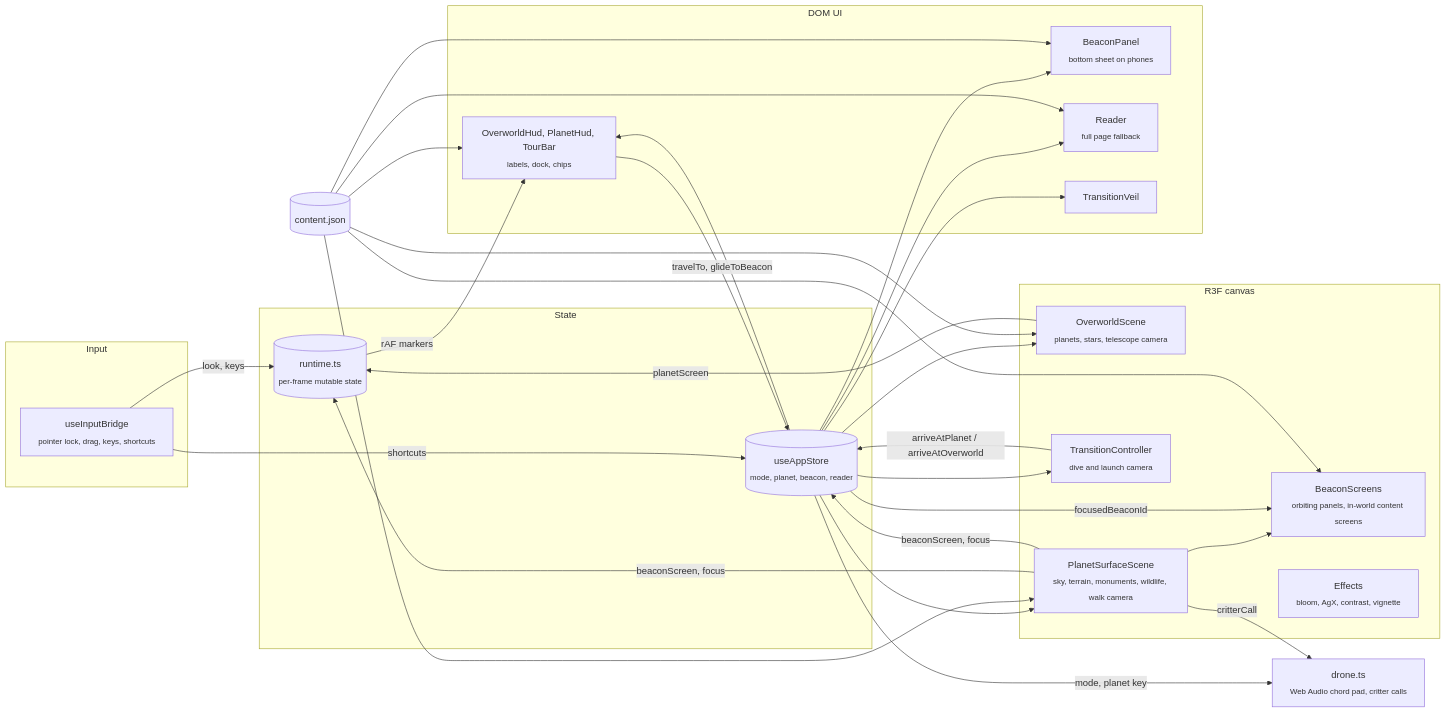
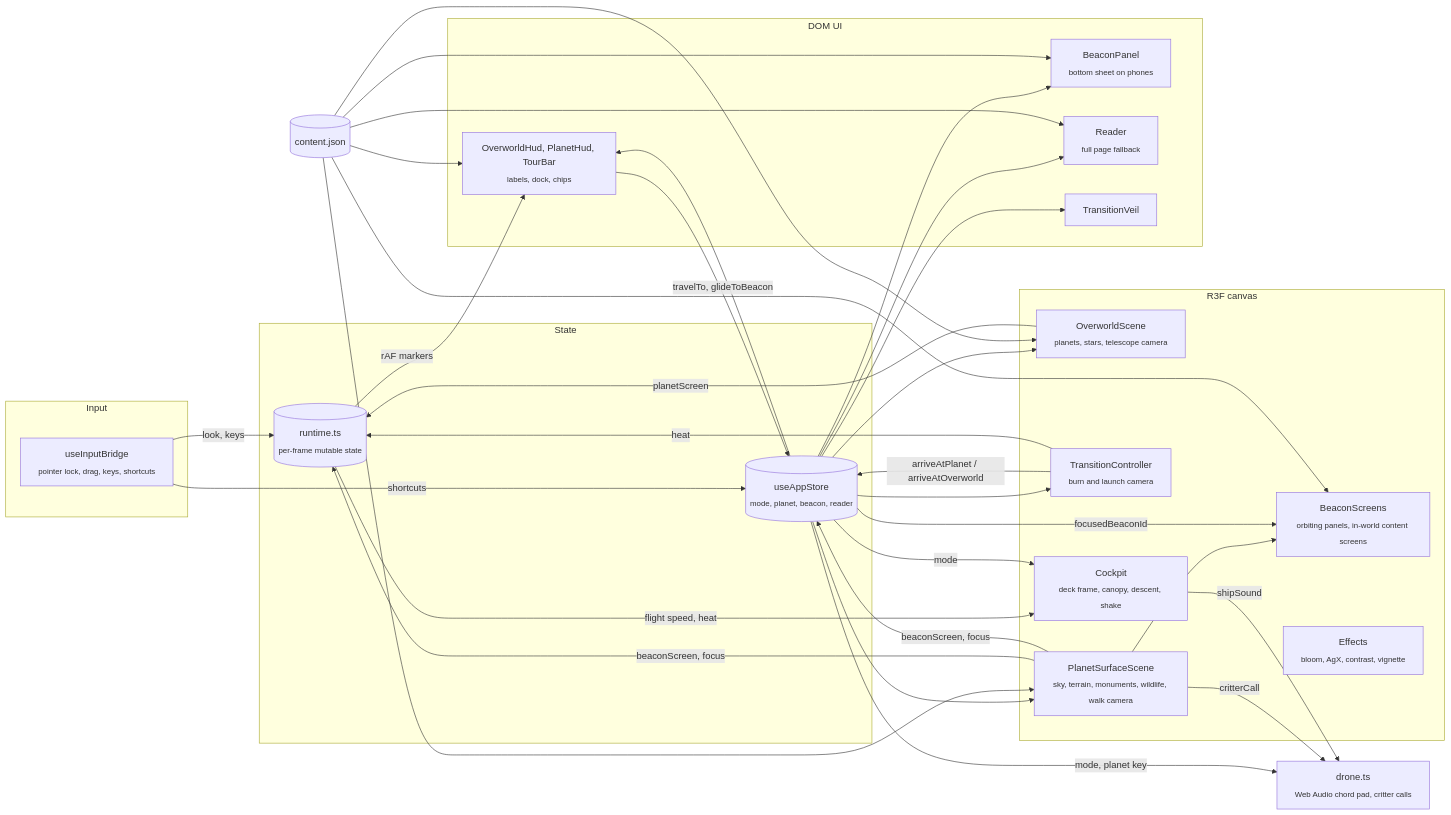
One commit to teddycitrus/portfolio changed the first of 2 diagrams in README.md. Above: the diagram before and after it, drawn with Mermaid. The commit also changed other lines of this file and 20 other files, not shown here.

Commit message:
added cockpit deck, flight and landing, floating panels, fixed links

````diff
--- a/README.md
+++ b/README.md
@@ -19,39 +19,44 @@
 ```mermaid
 flowchart LR
   subgraph Input
     bridge["useInputBridge<br/><sub>pointer lock, drag, keys, shortcuts</sub>"]
   end
   subgraph State
     store[("useAppStore<br/><sub>mode, planet, beacon, reader</sub>")]
     runtime[("runtime.ts<br/><sub>per-frame mutable state</sub>")]
   end
   subgraph Canvas["R3F canvas"]
     overworld["OverworldScene<br/><sub>planets, stars, telescope camera</sub>"]
     surface["PlanetSurfaceScene<br/><sub>sky, terrain, monuments, wildlife, walk camera</sub>"]
     screens["BeaconScreens<br/><sub>orbiting panels, in-world content screens</sub>"]
-    transition["TransitionController<br/><sub>dive and launch camera</sub>"]
+    transition["TransitionController<br/><sub>burn and launch camera</sub>"]
+    ship["Cockpit<br/><sub>deck frame, canopy, descent, shake</sub>"]
     fx["Effects<br/><sub>bloom, AgX, contrast, vignette</sub>"]
   end
   subgraph DOM["DOM UI"]
     hud["OverworldHud, PlanetHud, TourBar<br/><sub>labels, dock, chips</sub>"]
     panel["BeaconPanel<br/><sub>bottom sheet on phones</sub>"]
     reader["Reader<br/><sub>full page fallback</sub>"]
     veil["TransitionVeil"]
   end
   content[("content.json")]
   drone["drone.ts<br/><sub>Web Audio chord pad, critter calls</sub>"]
 
   bridge -->|"look, keys"| runtime
   bridge -->|"shortcuts"| store
   store --> overworld & surface & transition & hud & panel & reader & veil
   overworld -->|"planetScreen"| runtime
   surface -->|"beaconScreen, focus"| runtime & store
   runtime -->|"rAF markers"| hud
   surface --> screens
   surface -->|"critterCall"| drone
   store -->|"focusedBeaconId"| screens
   store -->|"mode, planet key"| drone
   content --> overworld & surface & hud & panel & reader & screens
   hud -->|"travelTo, glideToBeacon"| store
   transition -->|"arriveAtPlanet / arriveAtOverworld"| store
+  transition -->|"heat"| runtime
+  runtime -->|"flight speed, heat"| ship
+  store -->|"mode"| ship
+  ship -->|"shipSound"| drone
 ```
````
